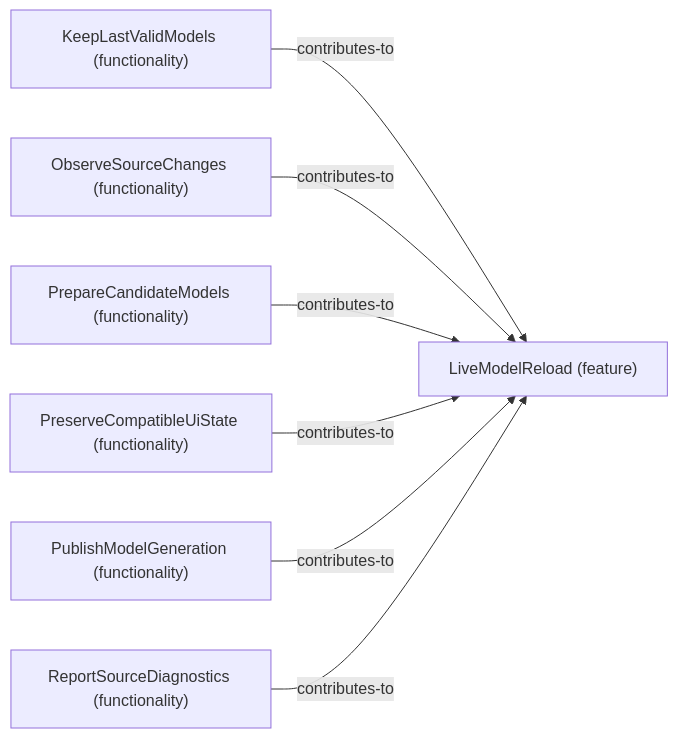
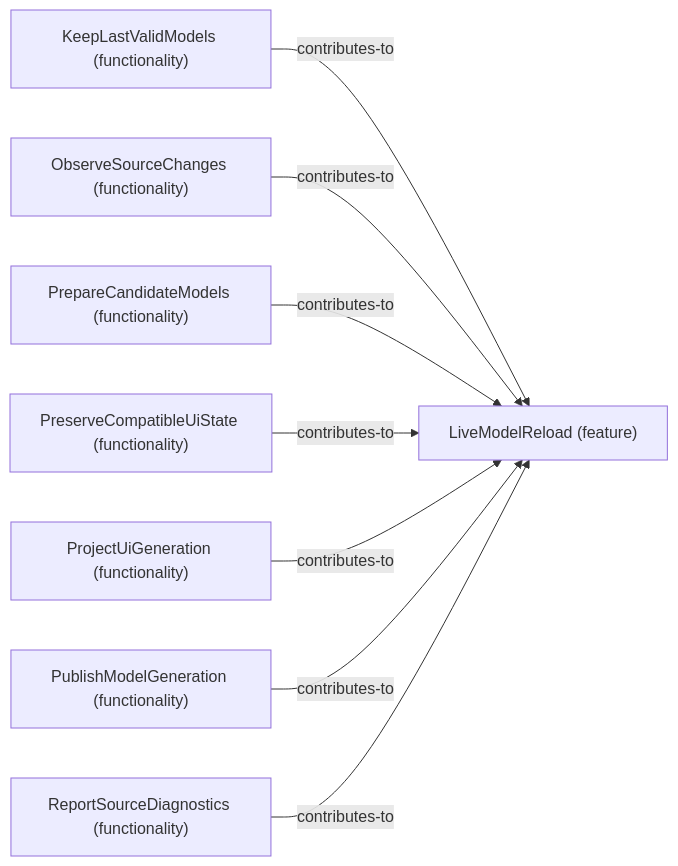
Before and after one commit to Hans-Einar/SDP: the diagram in SDUI/design/viewpoints/diagrams/VP01-feature-LiveModelReload.mmd, drawn with Mermaid. The commit also changed 31 other files, not shown here.

```diff
--- a/SDUI/design/viewpoints/diagrams/VP01-feature-LiveModelReload.mmd
+++ b/SDUI/design/viewpoints/diagrams/VP01-feature-LiveModelReload.mmd
@@ -1,14 +1,16 @@
 flowchart LR
     n_KeepLastValidModels["KeepLastValidModels (functionality)"]
     n_LiveModelReload["LiveModelReload (feature)"]
     n_ObserveSourceChanges["ObserveSourceChanges (functionality)"]
     n_PrepareCandidateModels["PrepareCandidateModels (functionality)"]
     n_PreserveCompatibleUiState["PreserveCompatibleUiState (functionality)"]
+    n_ProjectUiGeneration["ProjectUiGeneration (functionality)"]
     n_PublishModelGeneration["PublishModelGeneration (functionality)"]
     n_ReportSourceDiagnostics["ReportSourceDiagnostics (functionality)"]
     n_KeepLastValidModels -->|contributes-to| n_LiveModelReload
     n_ObserveSourceChanges -->|contributes-to| n_LiveModelReload
     n_PrepareCandidateModels -->|contributes-to| n_LiveModelReload
     n_PreserveCompatibleUiState -->|contributes-to| n_LiveModelReload
+    n_ProjectUiGeneration -->|contributes-to| n_LiveModelReload
     n_PublishModelGeneration -->|contributes-to| n_LiveModelReload
     n_ReportSourceDiagnostics -->|contributes-to| n_LiveModelReload
```
